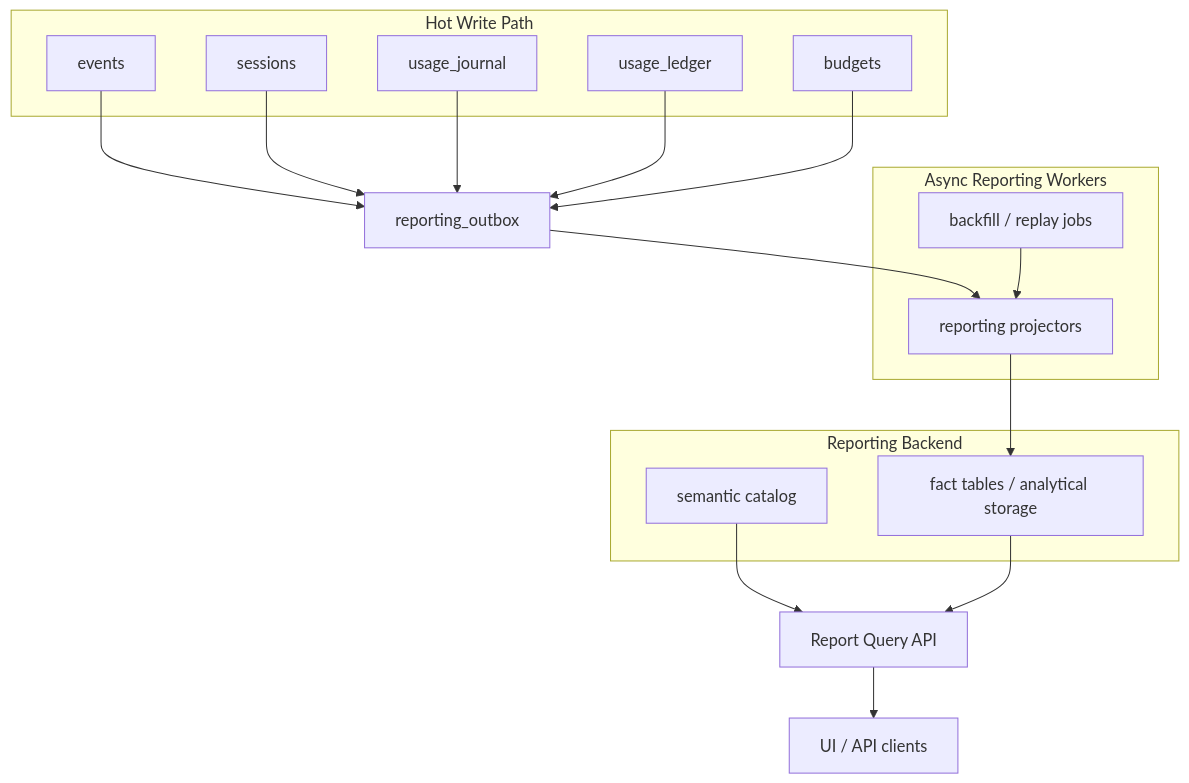
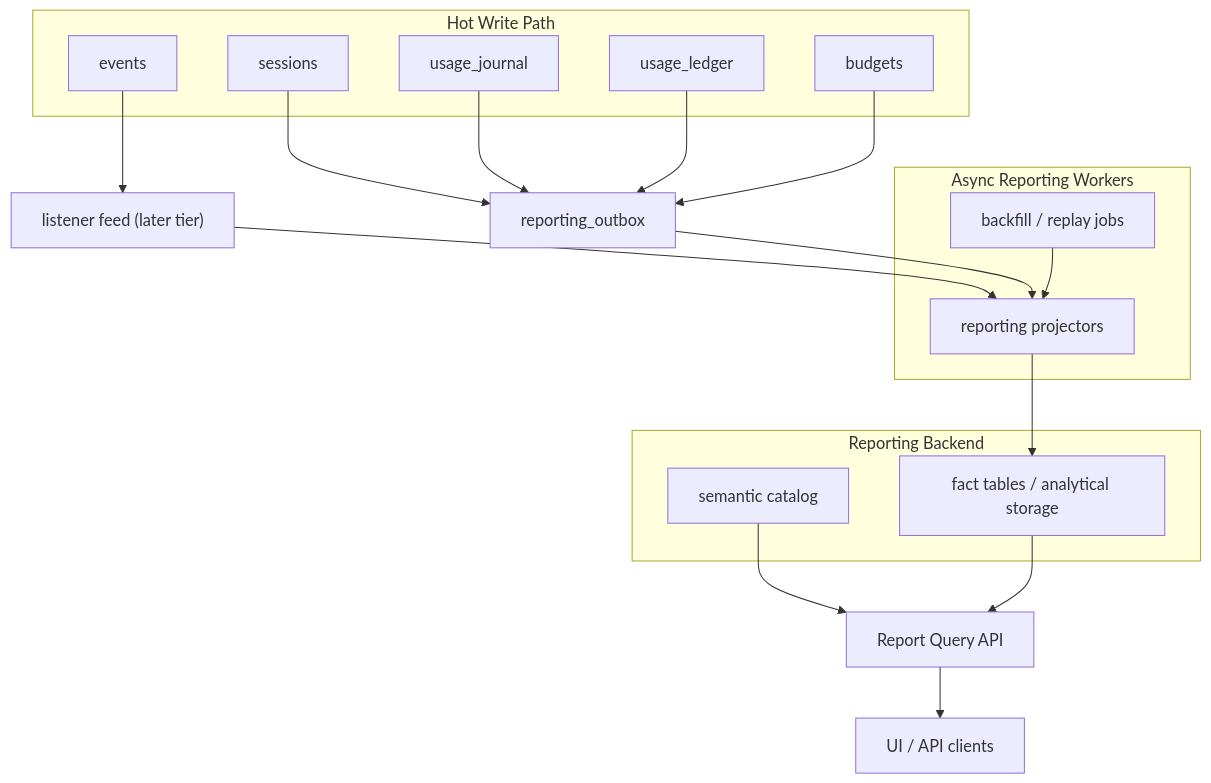
One commit to everruns/everruns changed the diagram in knowledge/evaluation/reporting.md. Above: the diagram before and after it, drawn with Mermaid. The commit also changed other lines of this file and 11 other files, not shown here.

First line of the commit message:
perf(server): reporting facts from the listener feed, capability rows once per turn

````diff
--- a/knowledge/evaluation/reporting.md
+++ b/knowledge/evaluation/reporting.md
@@ -58,37 +58,40 @@
 ```mermaid
 flowchart TB
     subgraph HotPath["Hot Write Path"]
         Events["events"]
         Sessions["sessions"]
         Journal["usage_journal"]
         Ledger["usage_ledger"]
         Budgets["budgets"]
     end
 
     Outbox["reporting_outbox"]
 
     subgraph Async["Async Reporting Workers"]
         Projectors["reporting projectors"]
         Backfill["backfill / replay jobs"]
     end
 
     subgraph Backend["Reporting Backend"]
         Facts["fact tables / analytical storage"]
         Catalog["semantic catalog"]
     end
 
     API["Report Query API"]
     UI["UI / API clients"]
 
-    Events --> Outbox
+    Feed["listener feed (later tier)"]
+
+    Events --> Feed
+    Feed --> Projectors
     Sessions --> Outbox
     Journal --> Outbox
     Ledger --> Outbox
     Budgets --> Outbox
     Outbox --> Projectors
     Backfill --> Projectors
     Projectors --> Facts
     Catalog --> API
     Facts --> API
     API --> UI
 ```
````
